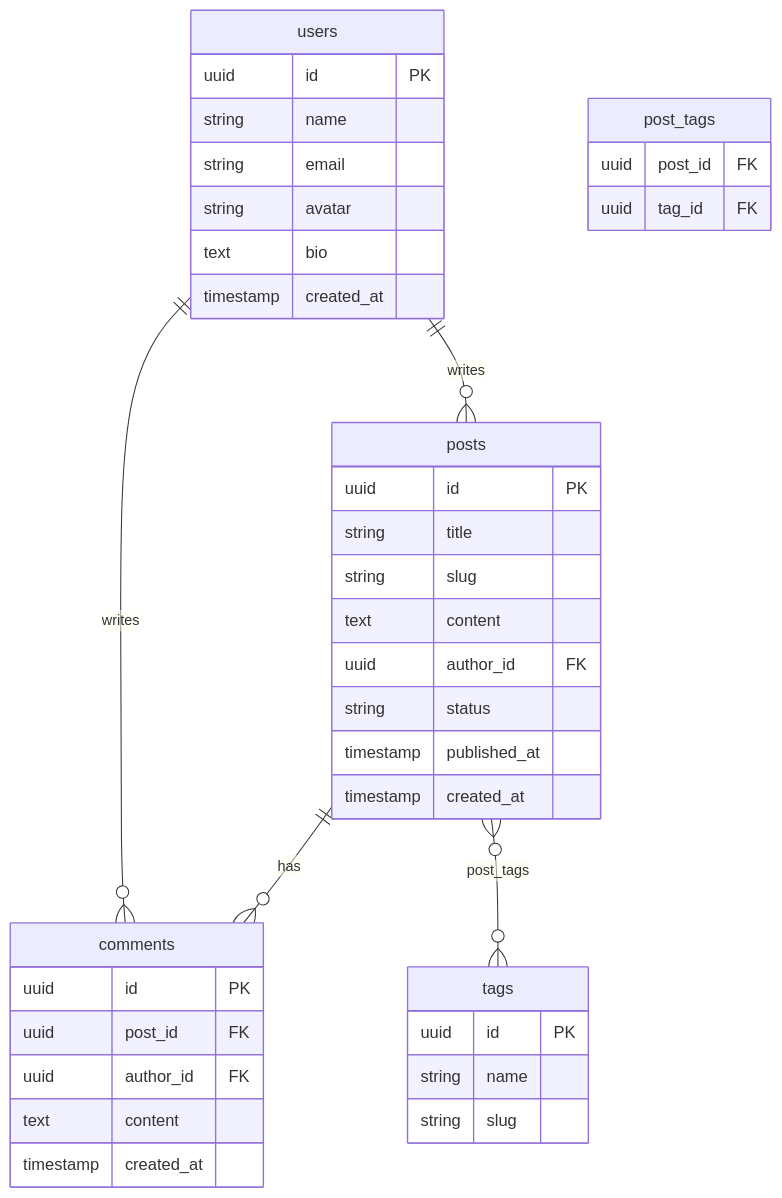
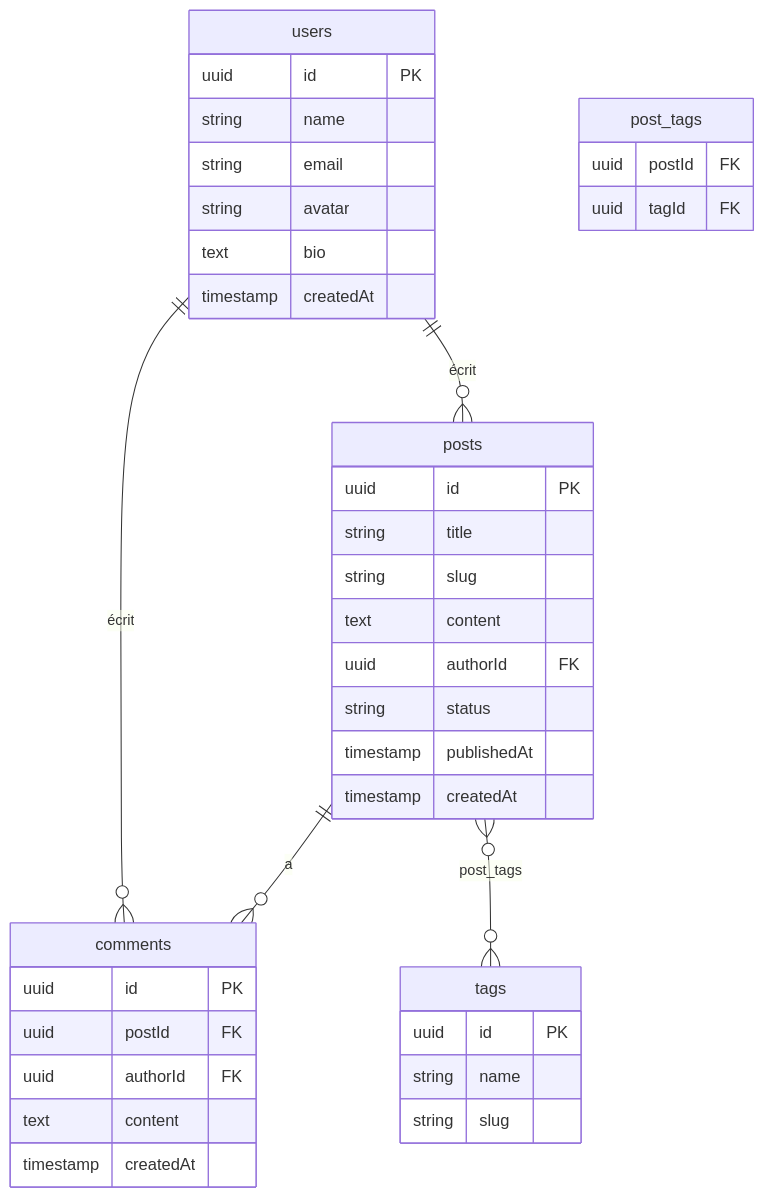
One commit to BanDev01/BlogMigrate changed the diagram in README.md. Above: the diagram before and after it, drawn with Mermaid. The commit also changed other lines of this file and 1 other file, not shown here.

````diff
--- a/README.md
+++ b/README.md
@@ -67,41 +67,41 @@
 ```mermaid
 erDiagram
     users {
         uuid id PK
         string name
         string email
         string avatar
         text bio
-        timestamp created_at
+        timestamp createdAt
     }
     posts {
         uuid id PK
         string title
         string slug
         text content
-        uuid author_id FK
+        uuid authorId FK
         string status
-        timestamp published_at
-        timestamp created_at
+        timestamp publishedAt
+        timestamp createdAt
     }
     comments {
         uuid id PK
-        uuid post_id FK
-        uuid author_id FK
+        uuid postId FK
+        uuid authorId FK
         text content
-        timestamp created_at
+        timestamp createdAt
     }
     tags {
         uuid id PK
         string name
         string slug
     }
     post_tags {
-        uuid post_id FK
-        uuid tag_id FK
+        uuid postId FK
+        uuid tagId FK
     }
-    users ||--o{ posts : "writes"
-    users ||--o{ comments : "writes"
-    posts ||--o{ comments : "has"
+    users ||--o{ posts : "écrit"
+    users ||--o{ comments : "écrit"
+    posts ||--o{ comments : "a"
     posts }o--o{ tags : "post_tags"
 ```
````
